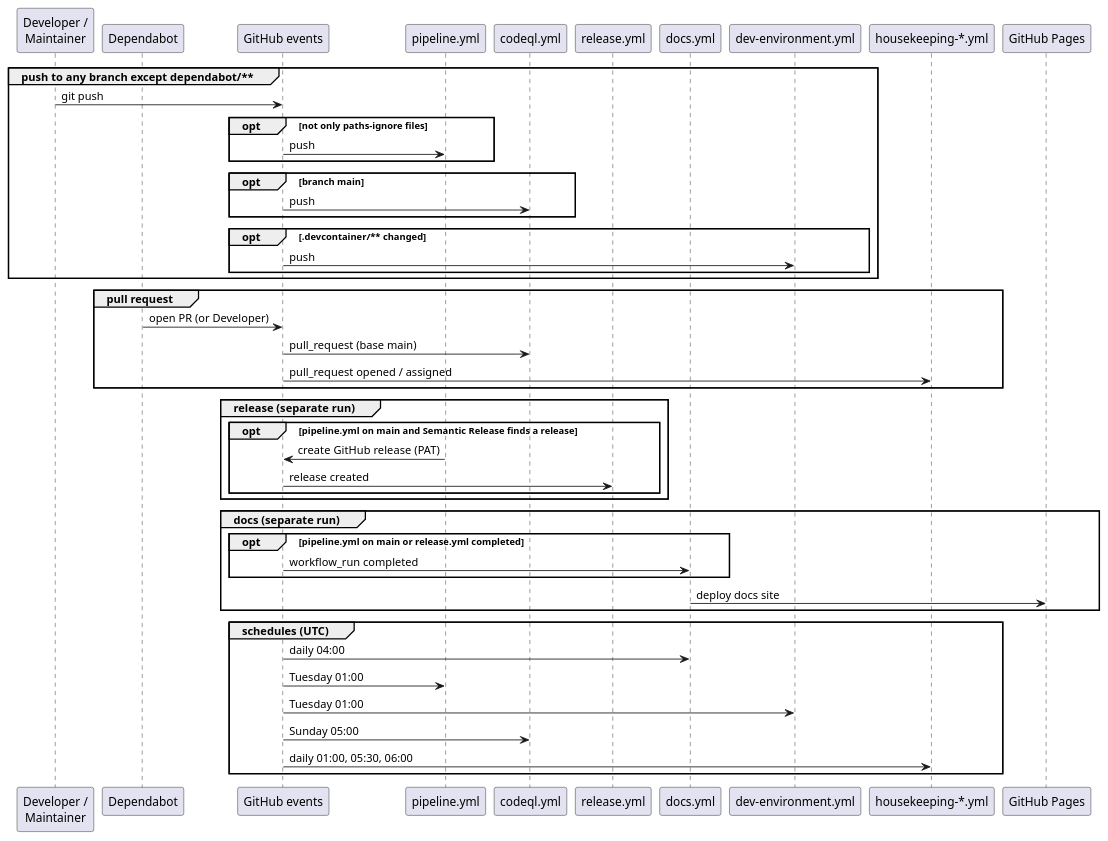
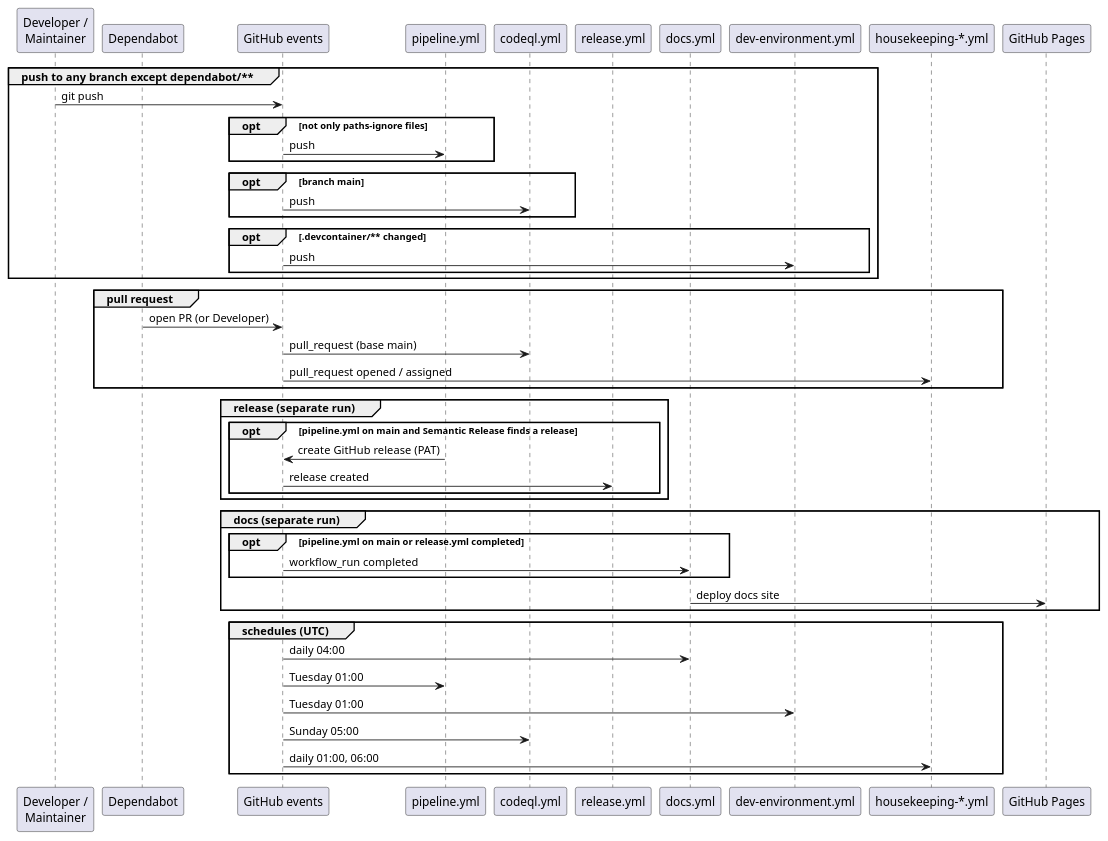
The third of 3 diagrams in docs/pipelines.md (sommerfeld-io/configs-homelab), drawn with PlantUML before and after one commit. The commit also changed other lines of this file and 3 other files, not shown here.

````diff
--- a/docs/pipelines.md
+++ b/docs/pipelines.md
@@ -241,55 +240,55 @@
 ```kroki-plantuml
 @startuml
 participant "Developer /\nMaintainer" as Dev
 participant "Dependabot" as Bot
 participant "GitHub events" as GH
 participant "pipeline.yml" as Pipe
 participant "codeql.yml" as CodeQL
 participant "release.yml" as Rel
 participant "docs.yml" as Docs
 participant "dev-environment.yml" as DevEnv
 participant "housekeeping-*.yml" as House
 participant "GitHub Pages" as Pages
 
 group push to any branch except dependabot/**
   Dev -> GH : git push
   opt not only paths-ignore files
     GH -> Pipe : push
   end
   opt branch main
     GH -> CodeQL : push
   end
   opt .devcontainer/** changed
     GH -> DevEnv : push
   end
 end
 
 group pull request
   Bot -> GH : open PR (or Developer)
   GH -> CodeQL : pull_request (base main)
   GH -> House : pull_request opened / assigned
 end
 
 group release (separate run)
   opt pipeline.yml on main and Semantic Release finds a release
     Pipe -> GH : create GitHub release (PAT)
     GH -> Rel : release created
   end
 end
 
 group docs (separate run)
   opt pipeline.yml on main or release.yml completed
     GH -> Docs : workflow_run completed
   end
   Docs -> Pages : deploy docs site
 end
 
 group schedules (UTC)
   GH -> Docs : daily 04:00
   GH -> Pipe : Tuesday 01:00
   GH -> DevEnv : Tuesday 01:00
   GH -> CodeQL : Sunday 05:00
-  GH -> House : daily 01:00, 05:30, 06:00
+  GH -> House : daily 01:00, 06:00
 end
 @enduml
 ```
````
